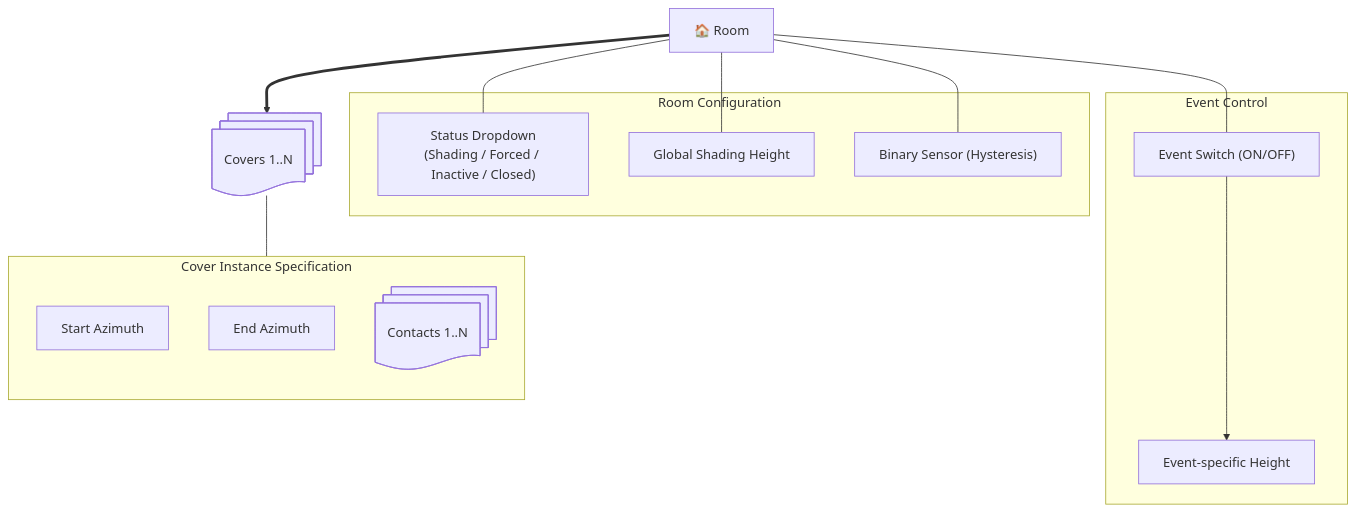
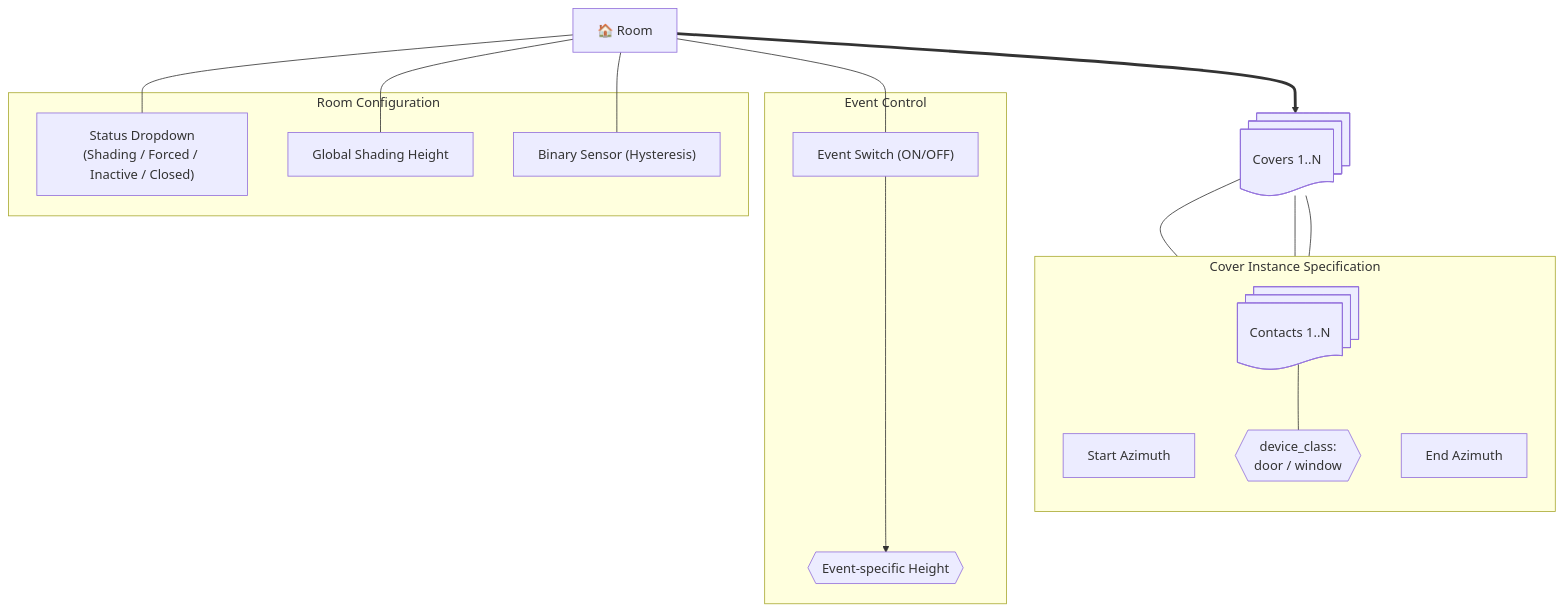
The diagram in README.md (Revilo91/rollladensteuerung), drawn with Mermaid before and after one commit. The commit also changed other lines of this file, not shown here.

Commit message:
Revise visual architecture and add technical specifications
Updated the README to enhance the visual architecture section and added technical specifications for entities.

````diff
--- a/README.md
+++ b/README.md
@@ -71,42 +71,47 @@
 ```mermaid
 flowchart TD
     %% Room Level
     Room["🏠 Room"]
     
     subgraph RoomParams [Room Configuration]
         State["Status Dropdown<br/>(Shading / Forced / Inactive / Closed)"]
         BaseHeight["Global Shading Height"]
         Hysteresis["Binary Sensor (Hysteresis)"]
     end
 
     subgraph EventSwitch [Event Control]
         Toggle["Event Switch (ON/OFF)"]
-        EvHeight["Event-specific Height"]
+        EvHeight{{"Event-specific Height"}}
     end
 
     %% Links to Room
     Room --- State
     Room --- BaseHeight
     Room --- Hysteresis
     Room --- Toggle
     Toggle ---> EvHeight
 
     %% Stacked Covers using 'docs' shape
     CoverStack@{ shape: docs, label: "Covers 1..N" }
     
     Room ==> CoverStack
 
     subgraph CoverDetails [Cover Instance Specification]
         direction TB
-        StartAzimuth["Start Azimuth"]
-        EndAzimuth["End Azimuth"]
         
-        %% Stacked Contacts using 'docs' shape
+        %% Separate Azimuth Nodes
+        StartAz["Start Azimuth"]
+        EndAz["End Azimuth"]
+        
+        %% Stacked Contacts with Device Class
         ContactStack@{ shape: docs, label: "Contacts 1..N" }
+        DClass{{"device_class:<br/>door / window"}}
+        
+        ContactStack --- DClass
     end
 
     %% Connect the stack to its shared definition
-    CoverStack --- CoverDetails
-    
-
-```
+    CoverStack --- StartAz
+    CoverStack --- EndAz
+    CoverStack --- ContactStack    
+ ```  
````
